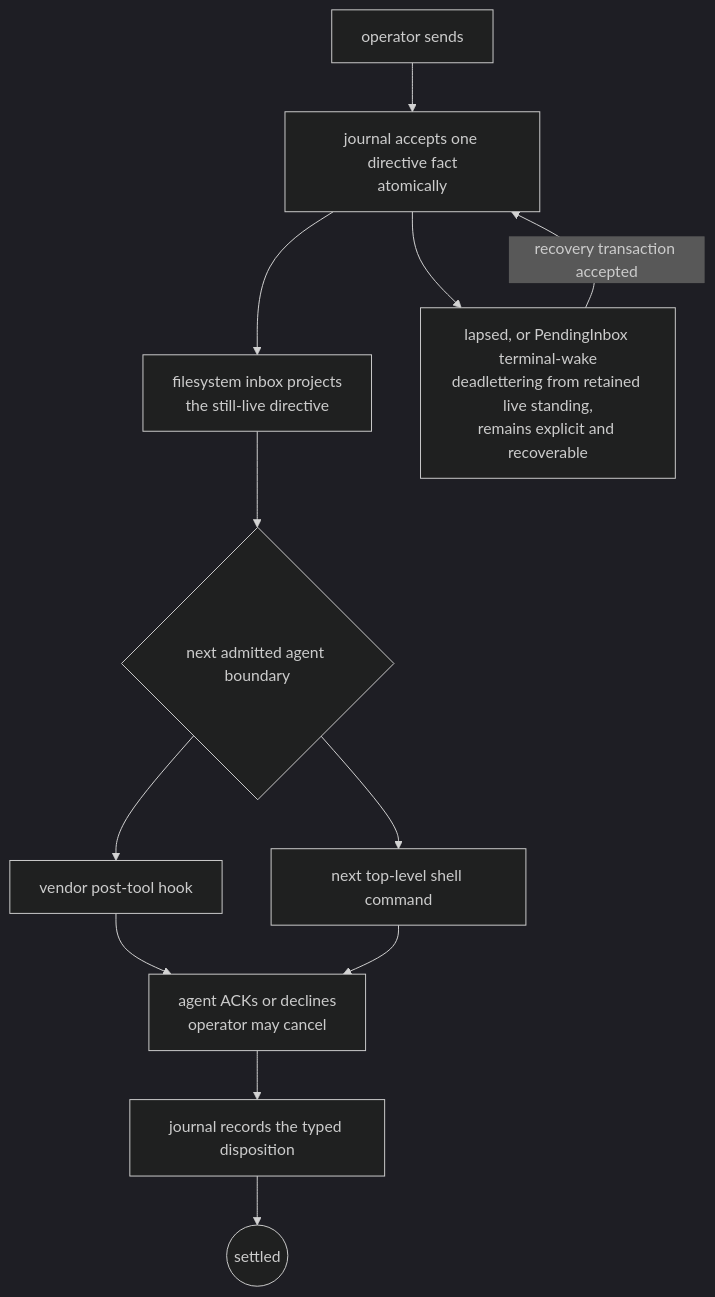
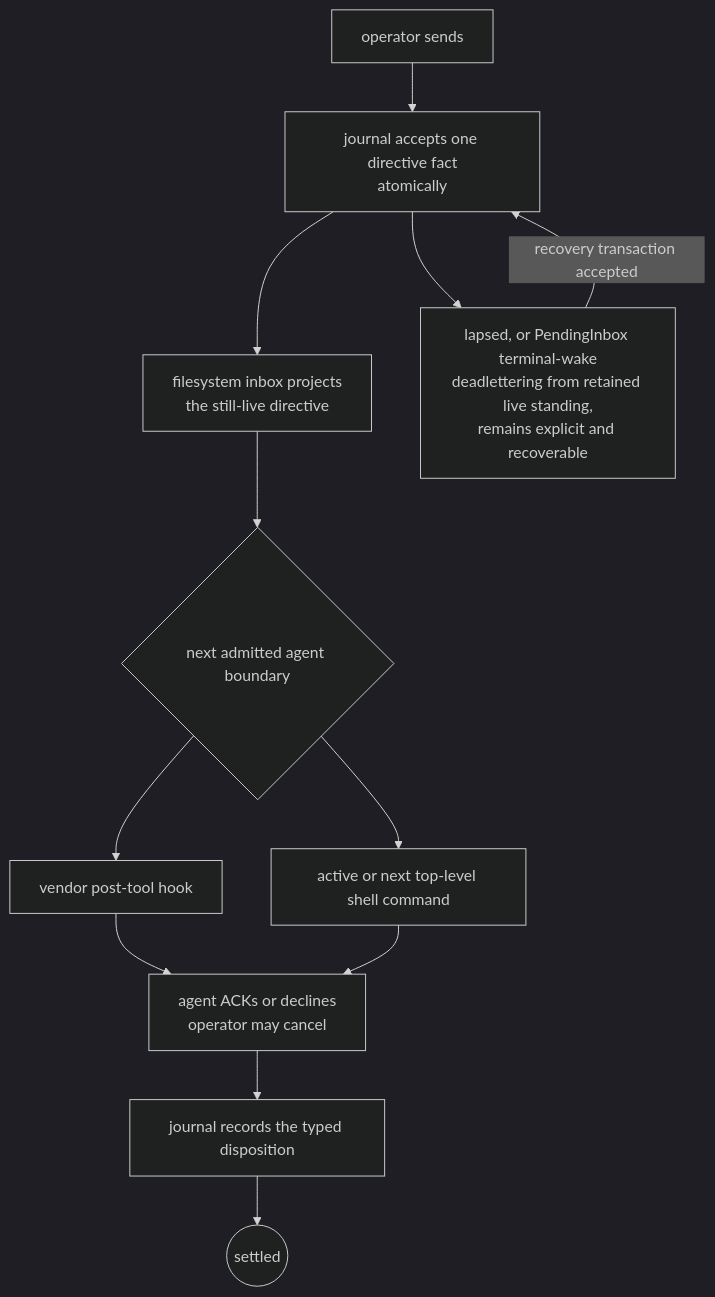
Before and after one commit to infimalabs/spice-rust: the second of 25 diagrams in docs/product/value.md, drawn with Mermaid (dark theme). The commit also changed other lines of this file and 10 other files, not shown here.

````diff
--- a/docs/product/value.md
+++ b/docs/product/value.md
@@ -41,14 +41,14 @@
 ```mermaid
 flowchart TD
   O["operator sends"] --> J["journal accepts one directive fact<br/>atomically"]
   J --> F["filesystem inbox projects<br/>the still-live directive"]
   F --> B{"next admitted agent boundary"}
   B --> V["vendor post-tool hook"]
-  B --> S["next top-level shell command"]
+  B --> S["active or next top-level shell command"]
   V --> K["agent ACKs or declines<br/>operator may cancel"]
   S --> K
   K --> T["journal records the typed disposition"]
   T --> E(("settled"))
   J --> D["lapsed, or PendingInbox terminal-wake<br/>deadlettering from retained live standing,<br/>remains explicit and recoverable"]
   D -->|"recovery transaction accepted"| J
 ```
````
